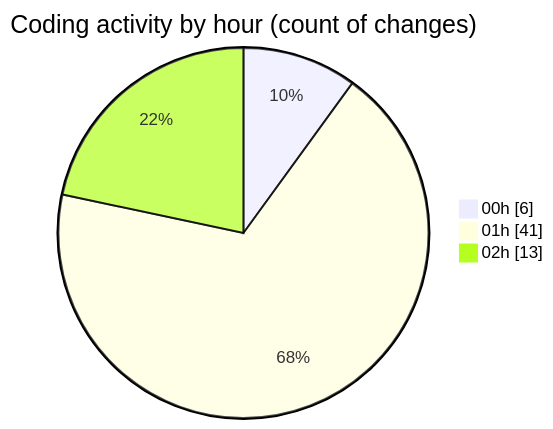
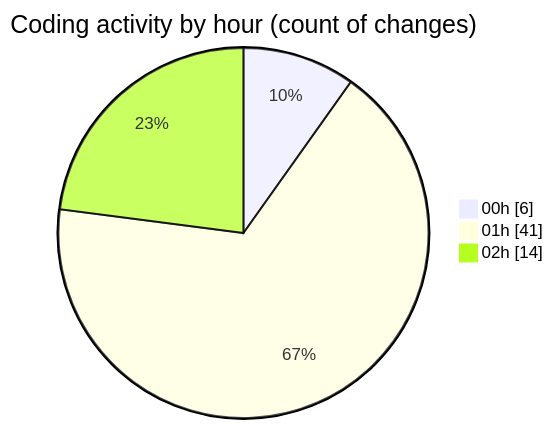
One commit to JenPaints/code-tracking changed the second of 2 diagrams in 2025-06-22/archive/README.md. Above: the diagram before and after it, drawn with Mermaid. The commit also changed other lines of this file and 1 other file, not shown here.

````diff
--- a/2025-06-22/archive/README.md
+++ b/2025-06-22/archive/README.md
@@ -35,7 +35,7 @@
 ```mermaid
 pie showData
 title Coding activity by hour (count of changes)
 "00h" : 6
 "01h" : 41
-"02h" : 13
+"02h" : 14
 ```
````
